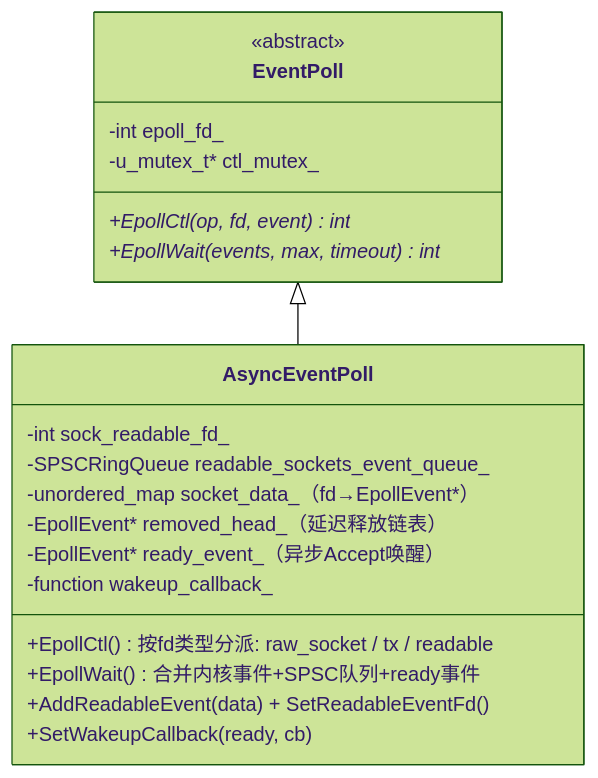
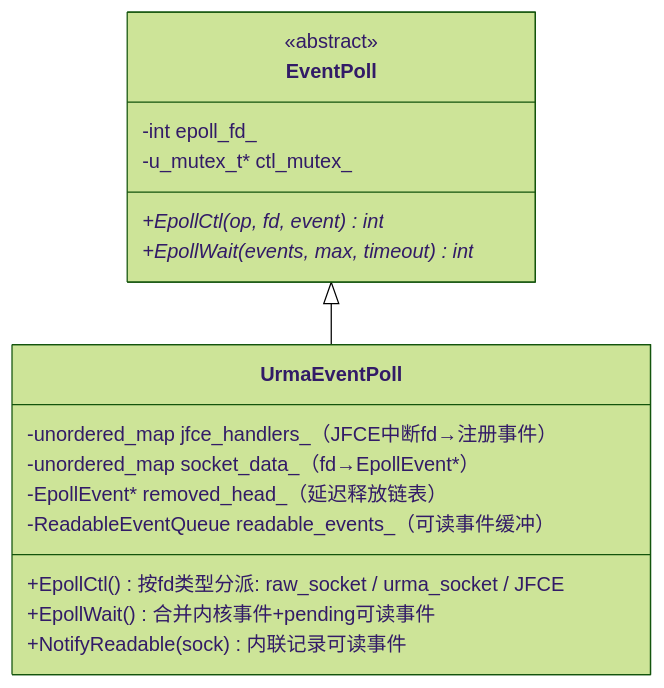
Diagram 13 of 17 in doc/ubsocket/UBSOCKET-ARCHITECTURE.ch.md (openeuler-mirror/ubs-comm), drawn with Mermaid (forest theme) before and after one commit. The commit also changed other lines of this file and 13 other files, not shown here.

````diff
--- a/doc/ubsocket/UBSOCKET-ARCHITECTURE.ch.md
+++ b/doc/ubsocket/UBSOCKET-ARCHITECTURE.ch.md
@@ -564,25 +480,22 @@
 ```mermaid
 classDiagram
     class EventPoll {
         <<abstract>>
         -int epoll_fd_
         -u_mutex_t* ctl_mutex_
         +EpollCtl(op, fd, event)* int
         +EpollWait(events, max, timeout)* int
     }
 
-    class AsyncEventPoll {
-        -int sock_readable_fd_
-        -SPSCRingQueue readable_sockets_event_queue_
+    class UrmaEventPoll {
+        -unordered_map jfce_handlers_（JFCE中断fd→注册事件）
         -unordered_map socket_data_（fd→EpollEvent*）
         -EpollEvent* removed_head_（延迟释放链表）
-        -EpollEvent* ready_event_（异步Accept唤醒）
-        -function wakeup_callback_
-        +EpollCtl() 按fd类型分派: raw_socket / tx / readable
-        +EpollWait() 合并内核事件+SPSC队列+ready事件
-        +AddReadableEvent(data) + SetReadableEventFd()
-        +SetWakeupCallback(ready, cb)
+        -ReadableEventQueue readable_events_（可读事件缓冲）
+        +EpollCtl() 按fd类型分派: raw_socket / urma_socket / JFCE
+        +EpollWait() 合并内核事件+pending可读事件
+        +NotifyReadable(sock) 内联记录可读事件
     }
 
-    EventPoll <|-- AsyncEventPoll
+    EventPoll <|-- UrmaEventPoll
 ```
````
